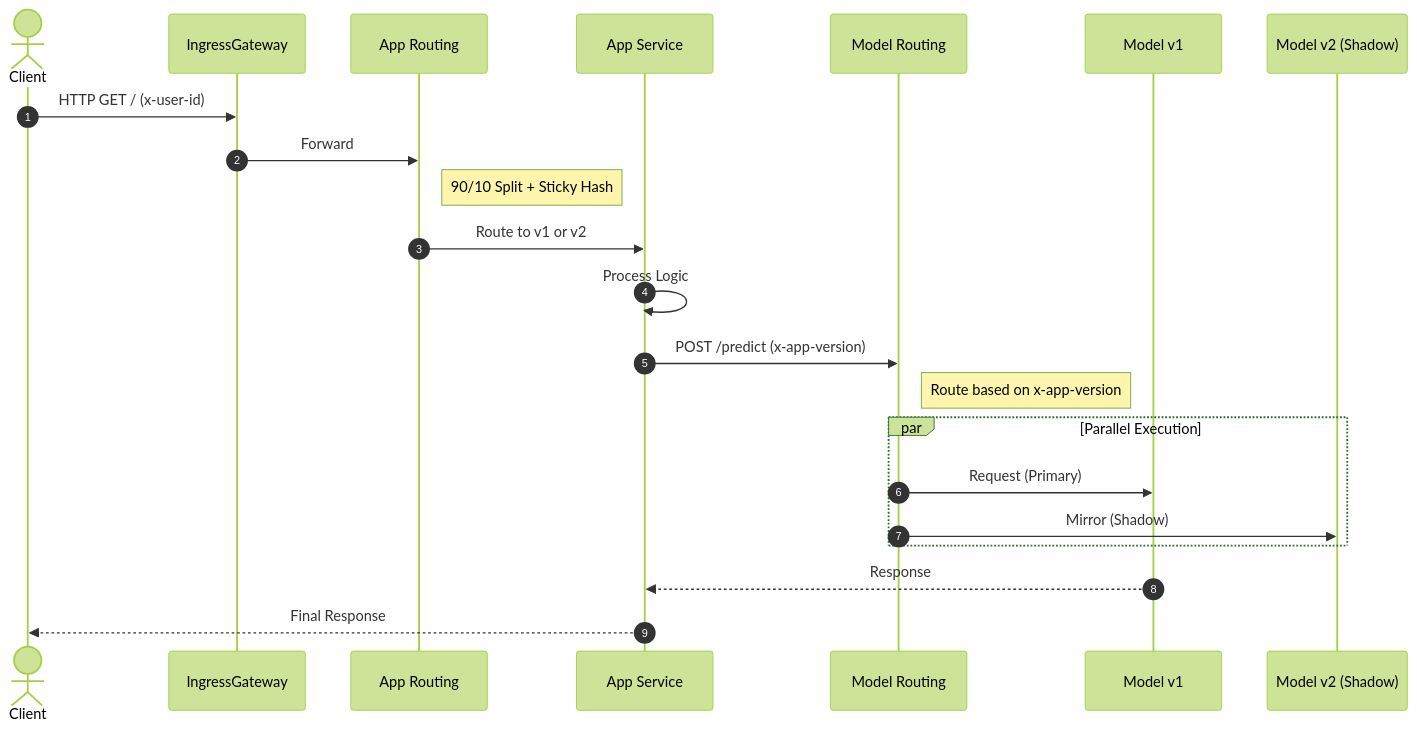
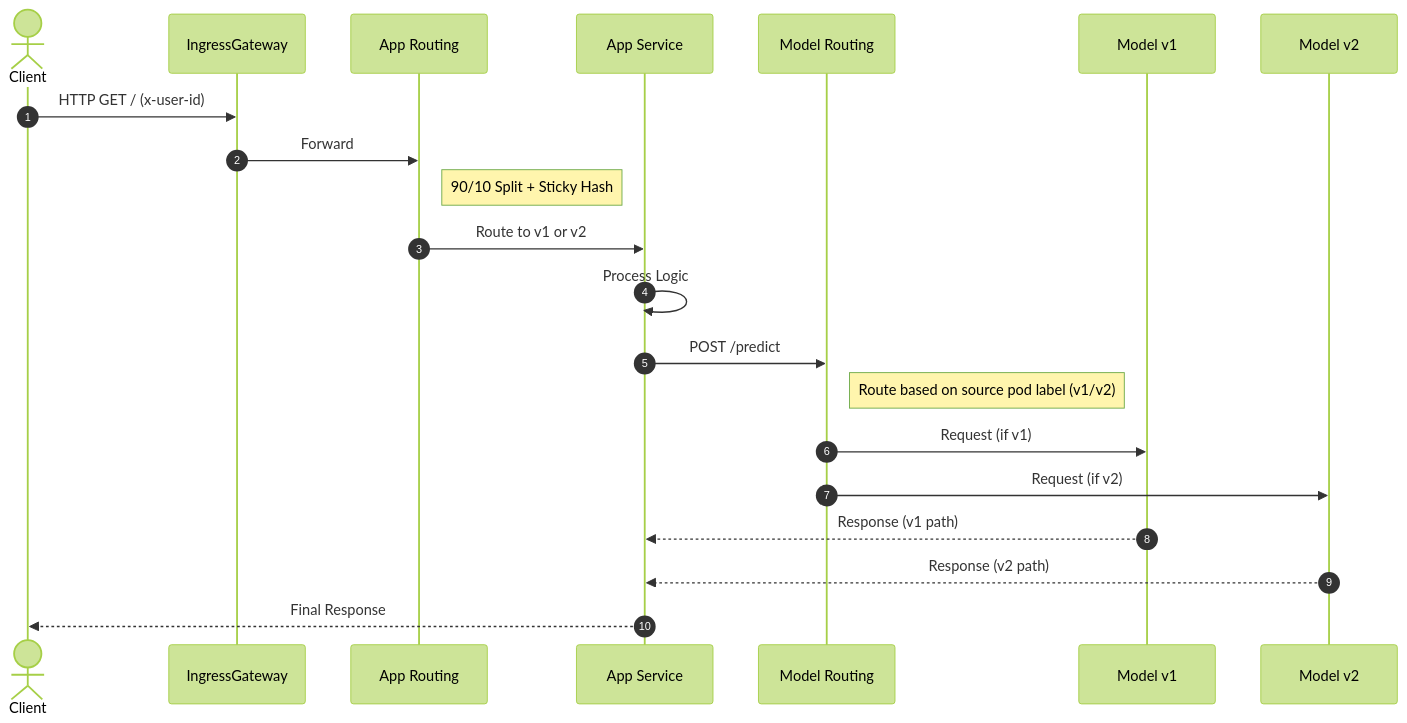
The sixth of 7 diagrams in docs/deployment.md (doda25-team1/operation), drawn with Mermaid (forest theme) before and after one commit. The commit also changed other lines of this file and 2 other files, not shown here.

Commit message:
fix: Remove shadow release from docs and adjust other details.

````diff
--- a/docs/deployment.md
+++ b/docs/deployment.md
@@ -188,32 +188,31 @@
 ```mermaid
 sequenceDiagram
     autonumber
     actor User as Client
     participant IGW as IngressGateway
     participant AppVS as App Routing
     participant App as App Service
     participant ModelVS as Model Routing
     participant ModelPrimary as Model v1
-    participant ModelShadow as Model v2 (Shadow)
+    participant ModelExp as Model v2
 
     User->>IGW: HTTP GET / (x-user-id)
     IGW->>AppVS: Forward
     
     Note right of AppVS: 90/10 Split + Sticky Hash
     
     AppVS->>App: Route to v1 or v2
     
     App->>App: Process Logic
     
-    App->>ModelVS: POST /predict (x-app-version)
+    App->>ModelVS: POST /predict
     
-    Note right of ModelVS: Route based on x-app-version
+    Note right of ModelVS: Route based on source pod label (v1/v2)
     
-    par Parallel Execution
-        ModelVS->>ModelPrimary: Request (Primary)
-        ModelVS->>ModelShadow: Mirror (Shadow)
-    end
+    ModelVS->>ModelPrimary: Request (if v1)
+    ModelVS->>ModelExp: Request (if v2)
     
-    ModelPrimary-->>App: Response
+    ModelPrimary-->>App: Response (v1 path)
+    ModelExp-->>App: Response (v2 path)
     App-->>User: Final Response
 ```
````
